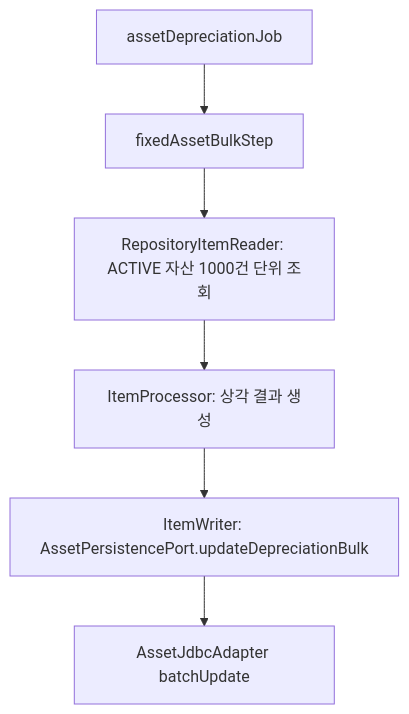
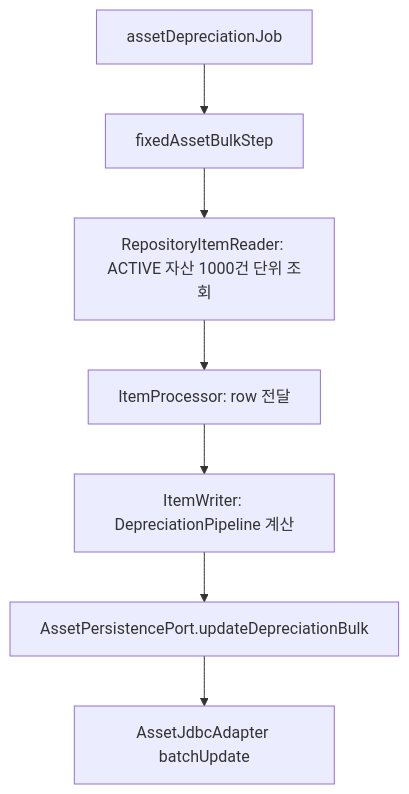
The third of 4 diagrams in asset-lease/docs/process-flow.md (skyg547/account), drawn with Mermaid before and after one commit. The commit also changed other lines of this file and 46 other files, not shown here.

````diff
--- a/asset-lease/docs/process-flow.md
+++ b/asset-lease/docs/process-flow.md
@@ -56,8 +56,9 @@
 ```mermaid
 flowchart TD
     A[assetDepreciationJob] --> B[fixedAssetBulkStep]
     B --> C[RepositoryItemReader: ACTIVE 자산 1000건 단위 조회]
-    C --> D[ItemProcessor: 상각 결과 생성]
-    D --> E[ItemWriter: AssetPersistencePort.updateDepreciationBulk]
-    E --> F[AssetJdbcAdapter batchUpdate]
+    C --> D[ItemProcessor: row 전달]
+    D --> E[ItemWriter: DepreciationPipeline 계산]
+    E --> F[AssetPersistencePort.updateDepreciationBulk]
+    F --> G[AssetJdbcAdapter batchUpdate]
 ```
````
